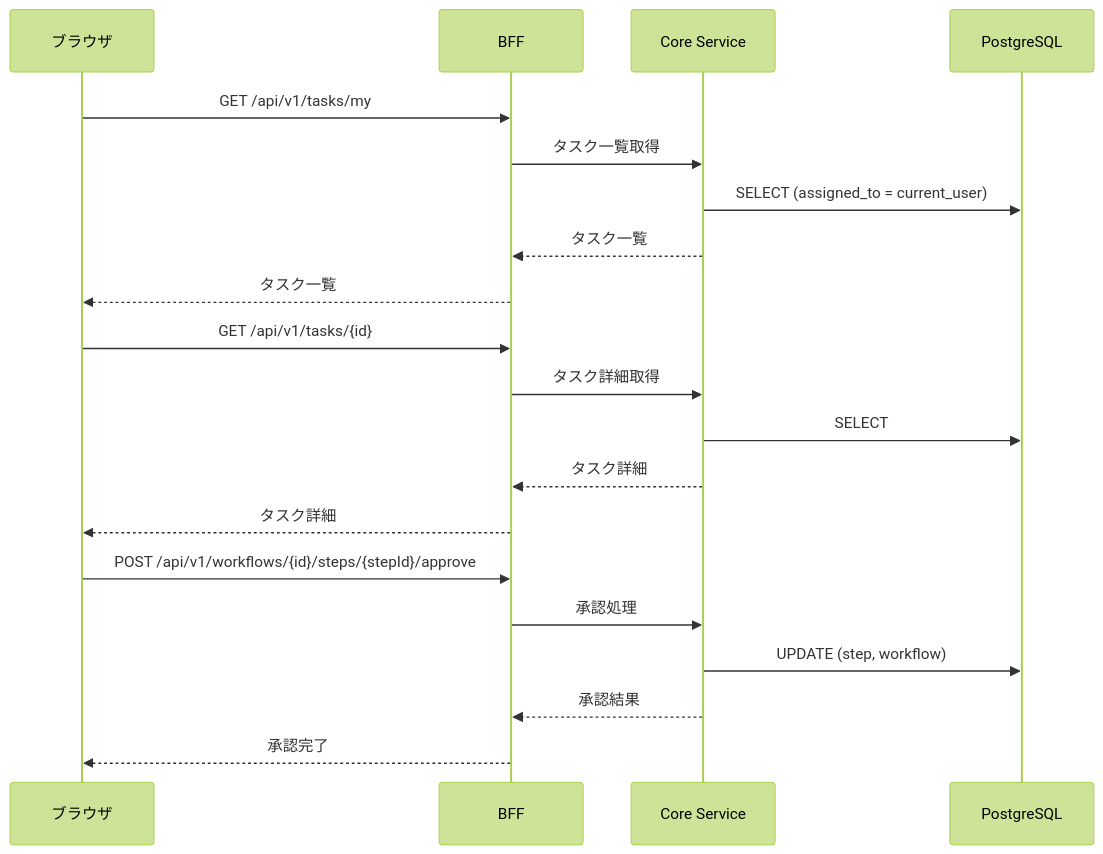
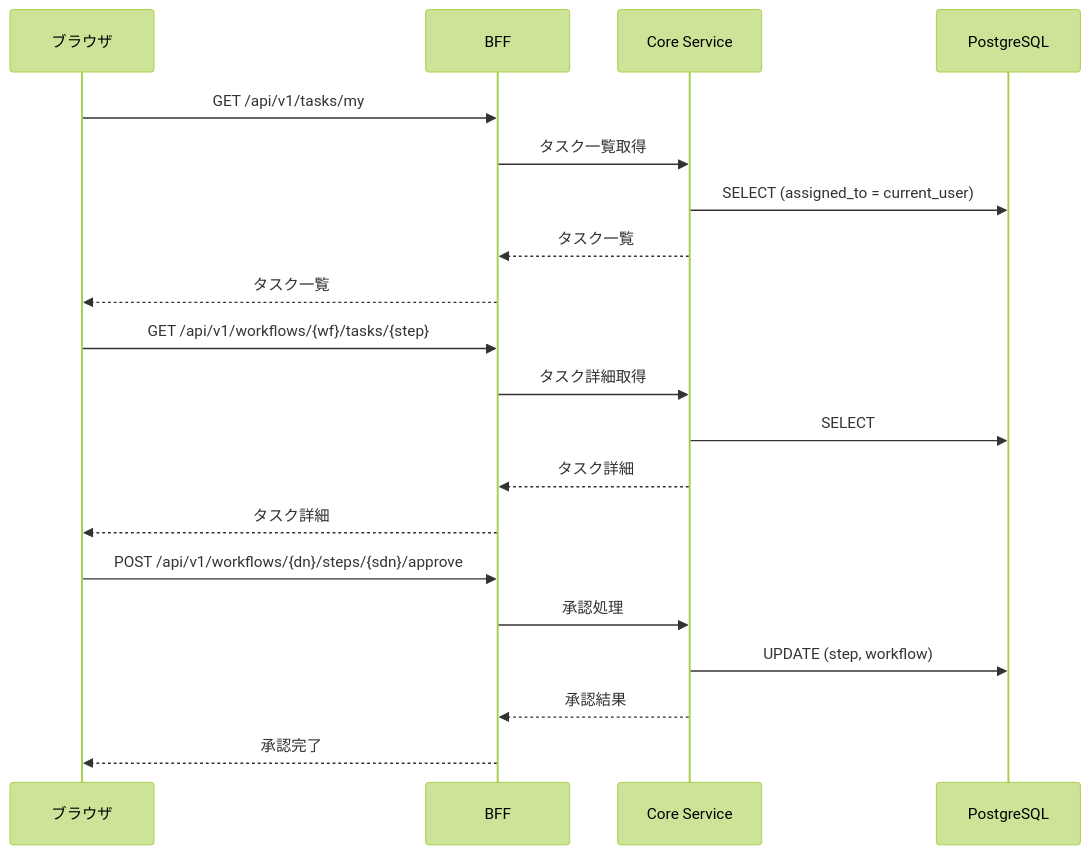
One commit to ka2kama/ringiflow changed the third of 4 diagrams in docs/03_詳細設計書/03_API設計.md. Above: the diagram before and after it, drawn with Mermaid (forest theme). The commit also changed other lines of this file and 130 other files, not shown here.

````diff
--- a/docs/03_詳細設計書/03_API設計.md
+++ b/docs/03_詳細設計書/03_API設計.md
@@ -730,25 +864,25 @@
 ```mermaid
 sequenceDiagram
     participant Browser as ブラウザ
     participant BFF as BFF
     participant Core as Core Service
     participant DB as PostgreSQL
 
     Browser->>BFF: GET /api/v1/tasks/my
     BFF->>Core: タスク一覧取得
     Core->>DB: SELECT (assigned_to = current_user)
     Core-->>BFF: タスク一覧
     BFF-->>Browser: タスク一覧
 
-    Browser->>BFF: GET /api/v1/tasks/{id}
+    Browser->>BFF: GET /api/v1/workflows/{wf}/tasks/{step}
     BFF->>Core: タスク詳細取得
     Core->>DB: SELECT
     Core-->>BFF: タスク詳細
     BFF-->>Browser: タスク詳細
 
-    Browser->>BFF: POST /api/v1/workflows/{id}/steps/{stepId}/approve
+    Browser->>BFF: POST /api/v1/workflows/{dn}/steps/{sdn}/approve
     BFF->>Core: 承認処理
     Core->>DB: UPDATE (step, workflow)
     Core-->>BFF: 承認結果
     BFF-->>Browser: 承認完了
 ```
````
